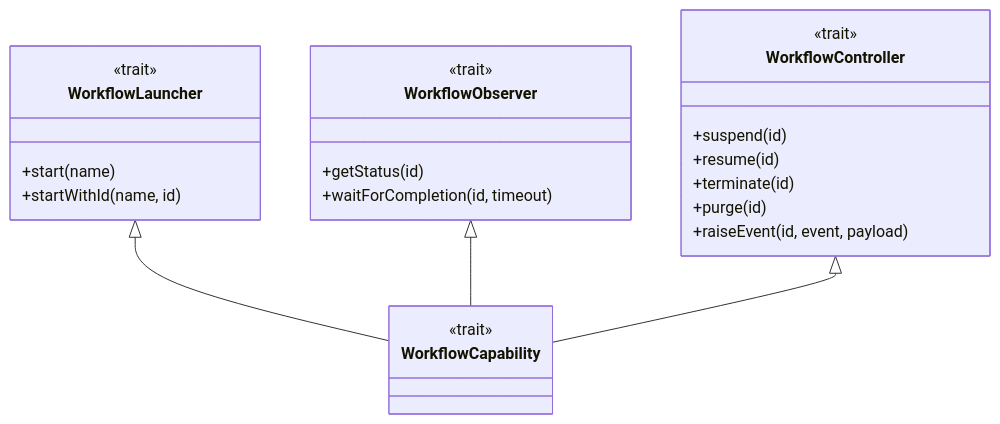
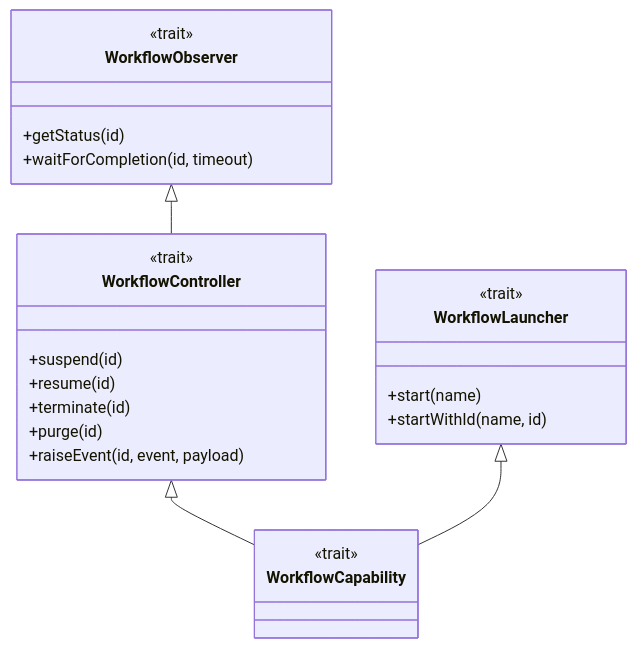
The tenth of 36 diagrams in docs/CAPABILITY-SPLITS.md (sideeffffect/dapr4s), drawn with Mermaid before and after one commit. The commit also changed other lines of this file, not shown here.

````diff
--- a/docs/CAPABILITY-SPLITS.md
+++ b/docs/CAPABILITY-SPLITS.md
@@ -247,27 +248,27 @@
 ```mermaid
 classDiagram
-    class WorkflowLauncher {
-        <<trait>>
-        +start(name)
-        +startWithId(name, id)
-    }
     class WorkflowObserver {
         <<trait>>
         +getStatus(id)
         +waitForCompletion(id, timeout)
     }
     class WorkflowController {
         <<trait>>
         +suspend(id)
         +resume(id)
         +terminate(id)
         +purge(id)
         +raiseEvent(id, event, payload)
     }
+    class WorkflowLauncher {
+        <<trait>>
+        +start(name)
+        +startWithId(name, id)
+    }
     class WorkflowCapability {
         <<trait>>
     }
+    WorkflowObserver <|-- WorkflowController
+    WorkflowController <|-- WorkflowCapability
     WorkflowLauncher <|-- WorkflowCapability
-    WorkflowObserver <|-- WorkflowCapability
-    WorkflowController <|-- WorkflowCapability
 ```
````
